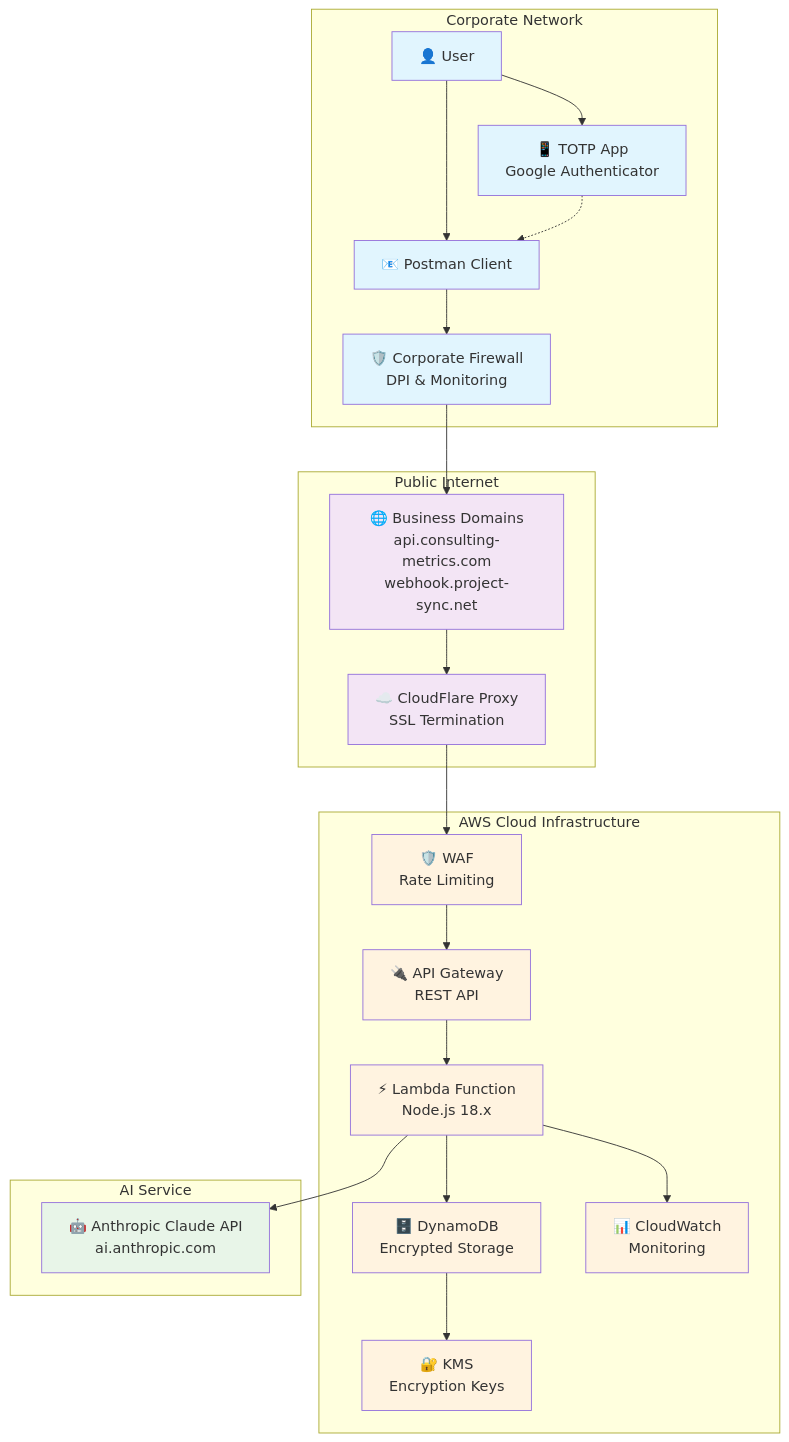
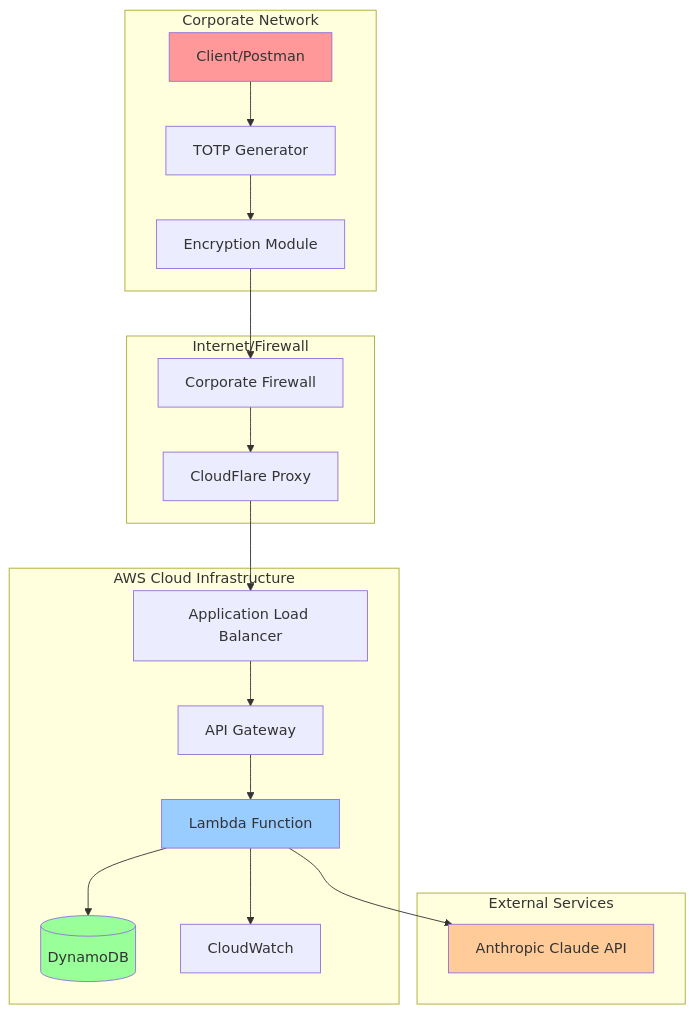
One commit to kayaman/gaza changed the first of 17 diagrams in architecture/README.md. Above: the diagram before and after it, drawn with Mermaid. The commit also changed other lines of this file, not shown here.

````diff
--- a/architecture/README.md
+++ b/architecture/README.md
@@ -7,51 +9,41 @@
 ```mermaid
 graph TB
     subgraph "Corporate Network"
-        User[👤 User]
-        Postman[📧 Postman Client]
-        TOTP[📱 TOTP App<br/>Google Authenticator]
-        Firewall[🛡️ Corporate Firewall<br/>DPI & Monitoring]
+        C[Client/Postman]
+        T[TOTP Generator]
+        E[Encryption Module]
     end
 
-    subgraph "Public Internet"
-        CDN[☁️ CloudFlare Proxy<br/>SSL Termination]
-        DNS[🌐 Business Domains<br/>api.consulting-metrics.com<br/>webhook.project-sync.net]
+    subgraph "Internet/Firewall"
+        F[Corporate Firewall]
+        CF[CloudFlare Proxy]
     end
 
     subgraph "AWS Cloud Infrastructure"
-        WAF[🛡️ WAF<br/>Rate Limiting]
-        API[🔌 API Gateway<br/>REST API]
-        Lambda[⚡ Lambda Function<br/>Node.js 18.x]
-        DDB[🗄️ DynamoDB<br/>Encrypted Storage]
-        KMS[🔐 KMS<br/>Encryption Keys]
-        CW[📊 CloudWatch<br/>Monitoring]
+        ALB[Application Load Balancer]
+        AG[API Gateway]
+        L[Lambda Function]
+        DB[(DynamoDB)]
+        CW[CloudWatch]
     end
 
-    subgraph "AI Service"
-        Anthropic[🤖 Anthropic Claude API<br/>ai.anthropic.com]
+    subgraph "External Services"
+        A[Anthropic Claude API]
     end
 
-    User --> Postman
-    User --> TOTP
-    Postman --> Firewall
-    TOTP -.-> Postman
-    Firewall --> DNS
-    DNS --> CDN
-    CDN --> WAF
-    WAF --> API
-    API --> Lambda
-    Lambda --> DDB
-    Lambda --> Anthropic
-    DDB --> KMS
-    Lambda --> CW
+    C --> T
+    T --> E
+    E --> F
+    F --> CF
+    CF --> ALB
+    ALB --> AG
+    AG --> L
+    L --> DB
+    L --> A
+    L --> CW
 
-    classDef corporate fill:#e1f5fe
-    classDef public fill:#f3e5f5
-    classDef aws fill:#fff3e0
-    classDef ai fill:#e8f5e8
-
-    class User,Postman,TOTP,Firewall corporate
-    class CDN,DNS public
-    class WAF,API,Lambda,DDB,KMS,CW aws
-    class Anthropic ai
+    style C fill:#ff9999
+    style L fill:#99ccff
+    style DB fill:#99ff99
+    style A fill:#ffcc99
 ```
````
